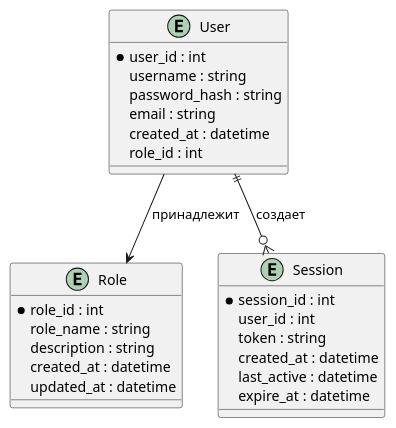
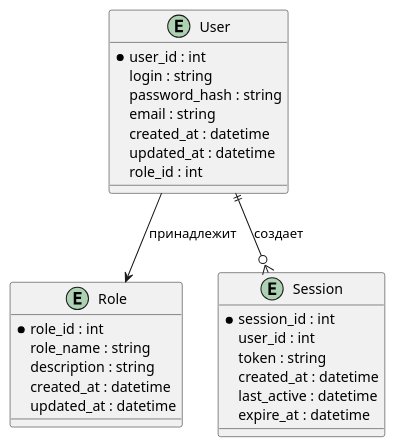
One commit to DotOnionDM/soa_social_network changed the diagram in docs/er_diagrams/user_service.pu. Above: the diagram before and after it, drawn with PlantUML. The commit also changed 7 other files, not shown here.

```diff
--- a/docs/er_diagrams/user_service.pu
+++ b/docs/er_diagrams/user_service.pu
@@ -1,30 +1,31 @@
 @startuml "Users Service ER Diagram"
 entity "User" as U {
   *user_id : int
-  username : string
+  login : string
   password_hash : string
   email : string
   created_at : datetime
+  updated_at : datetime
   role_id : int
 }
 
 entity "Role" as R {
   *role_id : int
   role_name : string
   description : string
   created_at : datetime
   updated_at : datetime
 }
 
 entity "Session" as S {
   *session_id : int
   user_id : int
   token : string
   created_at : datetime
   last_active : datetime
   expire_at : datetime
 }
 
 U --> R : "принадлежит"
 U ||--o{ S : "создает"
 @enduml
```
